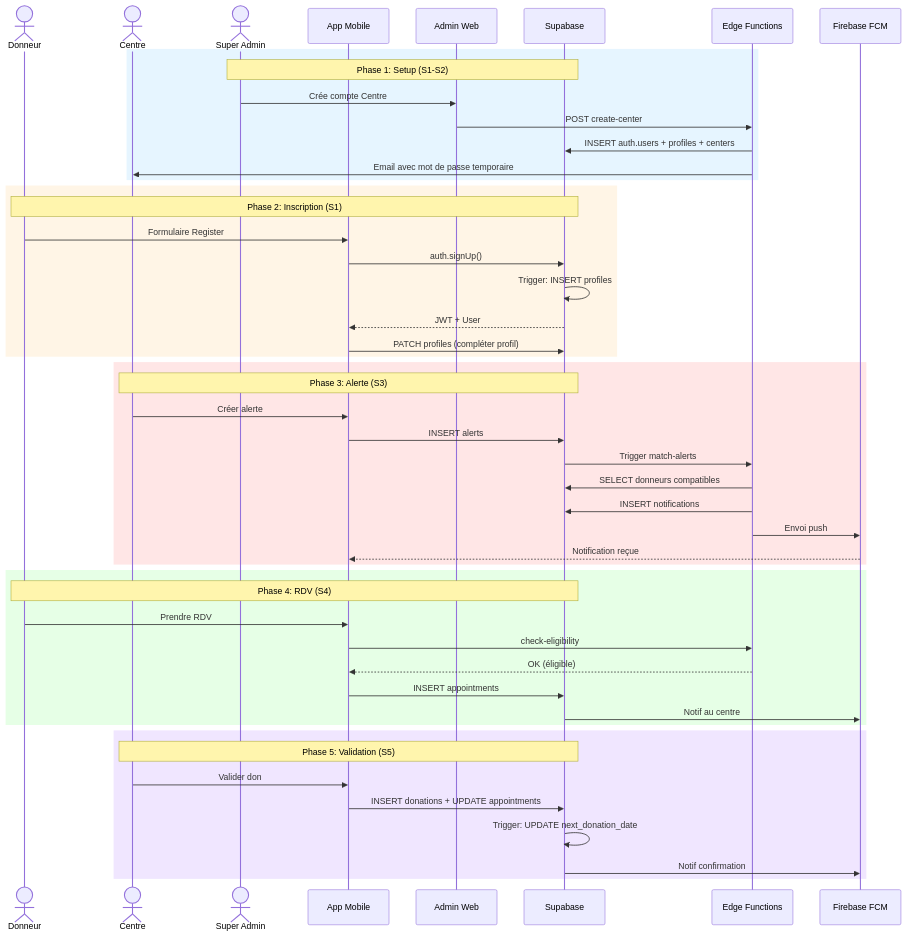
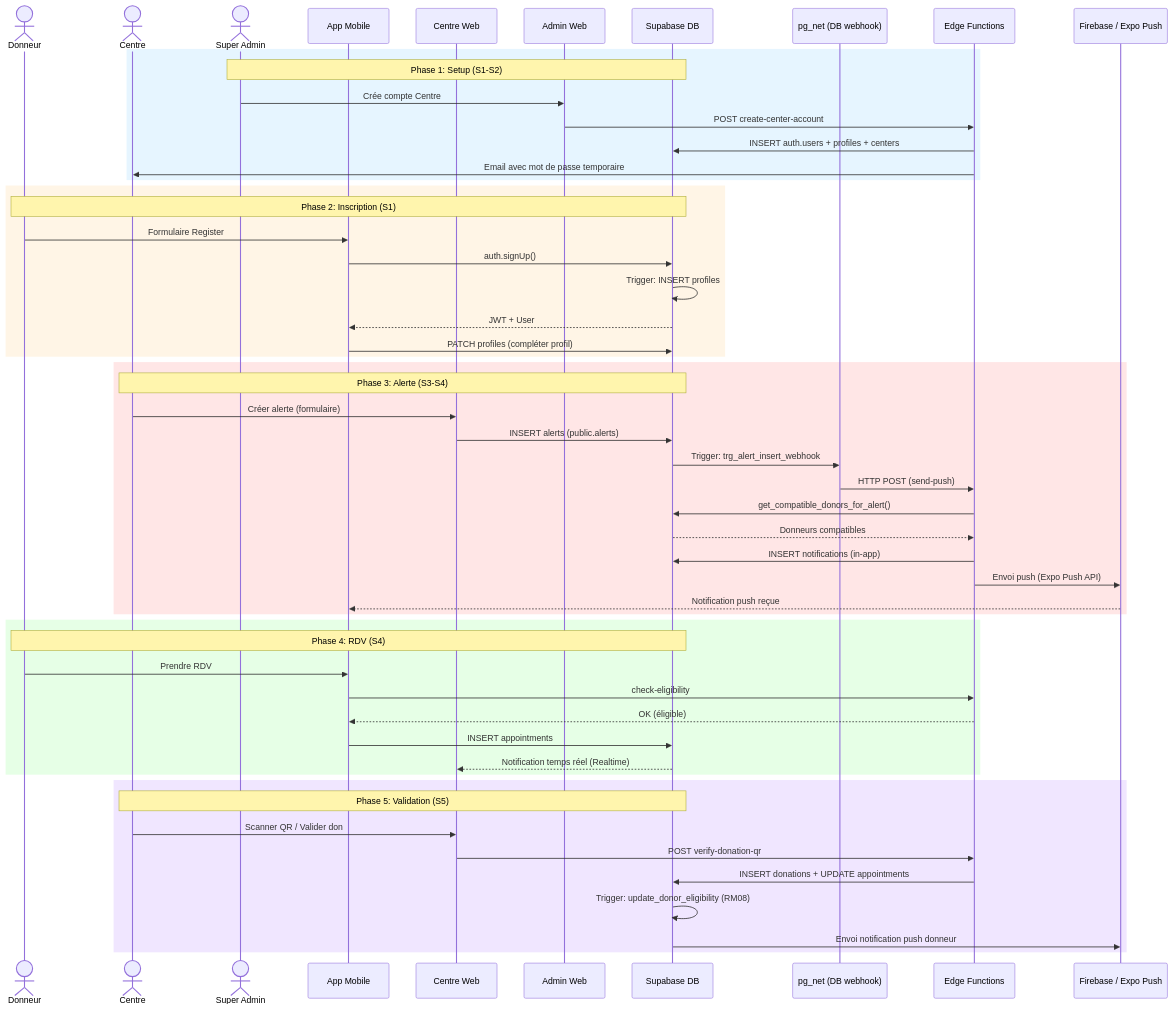
The third of 3 diagrams in docs/ARCHITECTURE_TECHNIQUE.md (senmos26/bloodlink), drawn with Mermaid before and after one commit. The commit also changed other lines of this file and 1 other file, not shown here.

Commit message:
docs: update Cahier des charges V2 and Architecture docs with full app analysis and pg_net webhook flow

````diff
--- a/docs/ARCHITECTURE_TECHNIQUE.md
+++ b/docs/ARCHITECTURE_TECHNIQUE.md
@@ -796,56 +798,61 @@
 ```mermaid
 sequenceDiagram
     actor Donor as Donneur
     actor Center as Centre
     actor Admin as Super Admin
     participant Mobile as App Mobile
+    participant CenterWeb as Centre Web
     participant AdminWeb as Admin Web
-    participant Supa as Supabase
+    participant DB as Supabase DB
+    participant pg as pg_net (DB webhook)
     participant EF as Edge Functions
-    participant FCM as Firebase FCM
+    participant FCM as Firebase / Expo Push
 
     rect rgb(230, 245, 255)
-        Note over Admin,Supa: Phase 1: Setup (S1-S2)
+        Note over Admin,DB: Phase 1: Setup (S1-S2)
         Admin->>AdminWeb: Crée compte Centre
-        AdminWeb->>EF: POST create-center
-        EF->>Supa: INSERT auth.users + profiles + centers
+        AdminWeb->>EF: POST create-center-account
+        EF->>DB: INSERT auth.users + profiles + centers
         EF->>Center: Email avec mot de passe temporaire
     end
 
     rect rgb(255, 245, 230)
-        Note over Donor,Supa: Phase 2: Inscription (S1)
+        Note over Donor,DB: Phase 2: Inscription (S1)
         Donor->>Mobile: Formulaire Register
-        Mobile->>Supa: auth.signUp()
-        Supa->>Supa: Trigger: INSERT profiles
-        Supa-->>Mobile: JWT + User
-        Mobile->>Supa: PATCH profiles (compléter profil)
+        Mobile->>DB: auth.signUp()
+        DB->>DB: Trigger: INSERT profiles
+        DB-->>Mobile: JWT + User
+        Mobile->>DB: PATCH profiles (compléter profil)
     end
 
     rect rgb(255, 230, 230)
-        Note over Center,Supa: Phase 3: Alerte (S3)
-        Center->>Mobile: Créer alerte
-        Mobile->>Supa: INSERT alerts
-        Supa->>EF: Trigger match-alerts
-        EF->>Supa: SELECT donneurs compatibles
-        EF->>Supa: INSERT notifications
-        EF->>FCM: Envoi push
-        FCM-->>Mobile: Notification reçue
+        Note over Center,DB: Phase 3: Alerte (S3-S4)
+        Center->>CenterWeb: Créer alerte (formulaire)
+        CenterWeb->>DB: INSERT alerts (public.alerts)
+        DB->>pg: Trigger: trg_alert_insert_webhook
+        pg->>EF: HTTP POST (send-push)
+        EF->>DB: get_compatible_donors_for_alert()
+        DB-->>EF: Donneurs compatibles
+        EF->>DB: INSERT notifications (in-app)
+        EF->>FCM: Envoi push (Expo Push API)
+        FCM-->>Mobile: Notification push reçue
     end
 
     rect rgb(230, 255, 230)
-        Note over Donor,Supa: Phase 4: RDV (S4)
+        Note over Donor,DB: Phase 4: RDV (S4)
         Donor->>Mobile: Prendre RDV
         Mobile->>EF: check-eligibility
         EF-->>Mobile: OK (éligible)
-        Mobile->>Supa: INSERT appointments
-        Supa->>FCM: Notif au centre
+        Mobile->>DB: INSERT appointments
+        DB-->>CenterWeb: Notification temps réel (Realtime)
     end
 
     rect rgb(240, 230, 255)
-        Note over Center,Supa: Phase 5: Validation (S5)
-        Center->>Mobile: Valider don
-        Mobile->>Supa: INSERT donations + UPDATE appointments
-        Supa->>Supa: Trigger: UPDATE next_donation_date
-        Supa->>FCM: Notif confirmation
+        Note over Center,DB: Phase 5: Validation (S5)
+        Center->>CenterWeb: Scanner QR / Valider don
+        CenterWeb->>EF: POST verify-donation-qr
+        EF->>DB: INSERT donations + UPDATE appointments
+        DB->>DB: Trigger: update_donor_eligibility (RM08)
+        DB->>FCM: Envoi notification push donneur
     end
 ```
````
